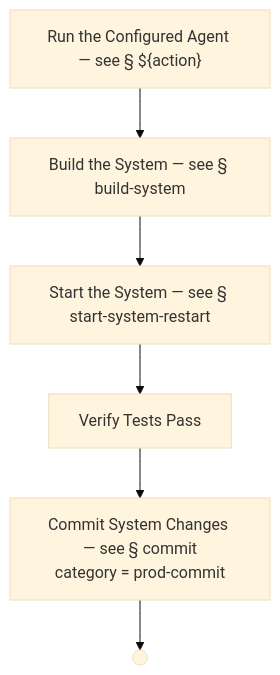
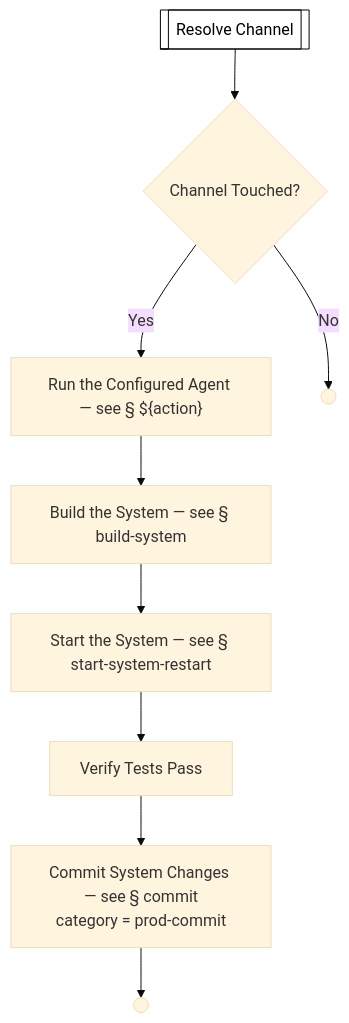
Before and after one commit to optivem/gh-optivem: diagram 20 of 52 in docs/process-diagram.md, drawn with Mermaid (base theme). The commit also changed other lines of this file and 3 other files, not shown here.

Commit message:
atdd: regenerate process-flow diagram

````diff
--- a/docs/process-diagram.md
+++ b/docs/process-diagram.md
@@ -438,15 +449,24 @@
 ```mermaid
 flowchart TD
+    RESOLVE_CHANNEL[[Resolve Channel]]
+    GATE_CHANNEL_TOUCHED{Channel Touched?}
     RUN_ACTION["Run the Configured Agent — see § ${action}"]
+    CHANNEL_SKIPPED(( ))
     BUILD_SYSTEM[Build the System — see § build-system]
     START_SYSTEM[Start the System — see § start-system-restart]
     VERIFY_TESTS_PASS[Verify Tests Pass]
     COMMIT_SYSTEM["Commit System Changes — see § commit<br/>category = prod-commit"]
     IMPL_AND_VERIFY_SYSTEM_END(( ))
 
+    RESOLVE_CHANNEL --> GATE_CHANNEL_TOUCHED
+    GATE_CHANNEL_TOUCHED -- Yes --> RUN_ACTION
+    GATE_CHANNEL_TOUCHED -- No --> CHANNEL_SKIPPED
     RUN_ACTION --> BUILD_SYSTEM
     BUILD_SYSTEM --> START_SYSTEM
     START_SYSTEM --> VERIFY_TESTS_PASS
     VERIFY_TESTS_PASS --> COMMIT_SYSTEM
     COMMIT_SYSTEM --> IMPL_AND_VERIFY_SYSTEM_END
+
+    classDef serviceNode fill:#ffffff,stroke:#000000,stroke-width:1px,color:#000000
+    class RESOLVE_CHANNEL serviceNode
 ```
````
